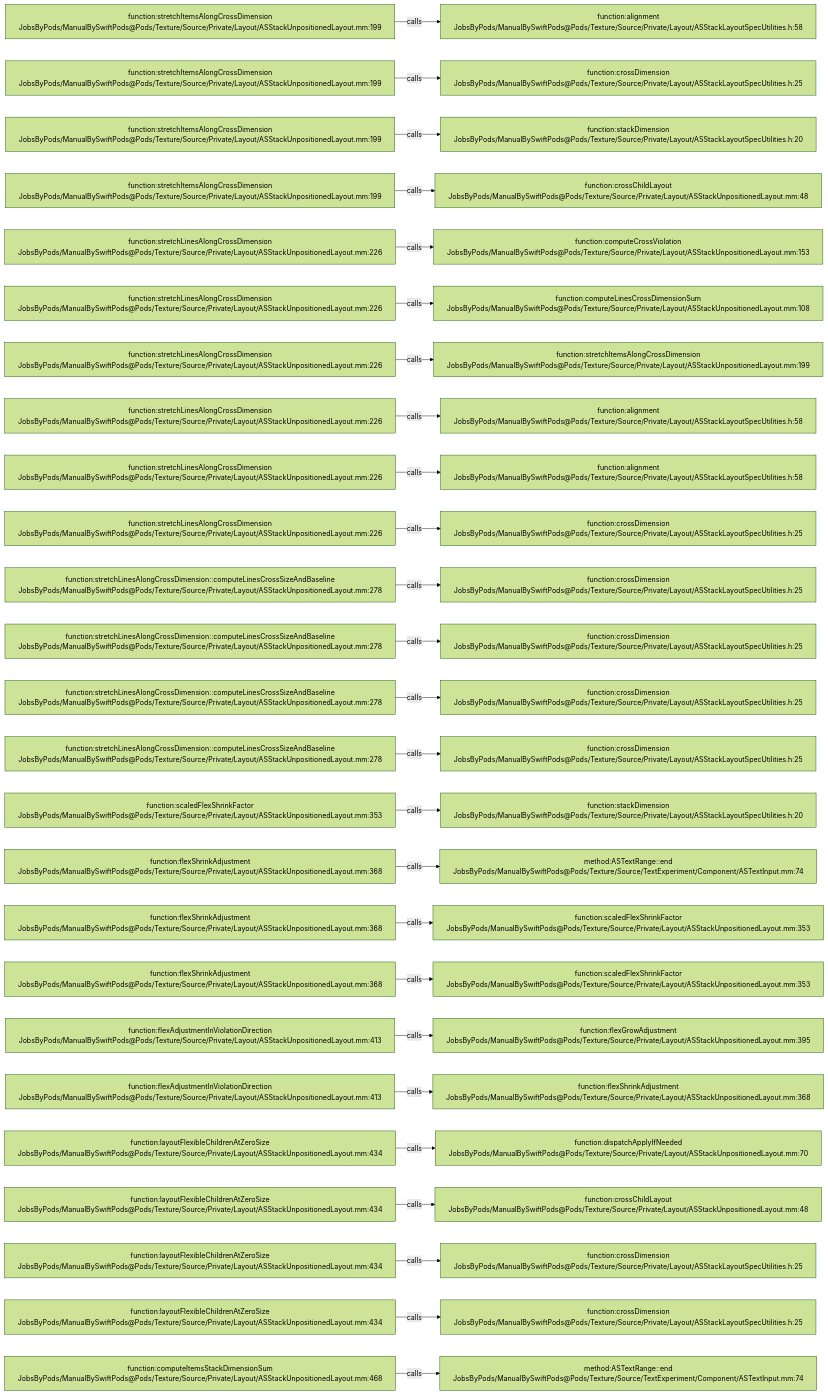
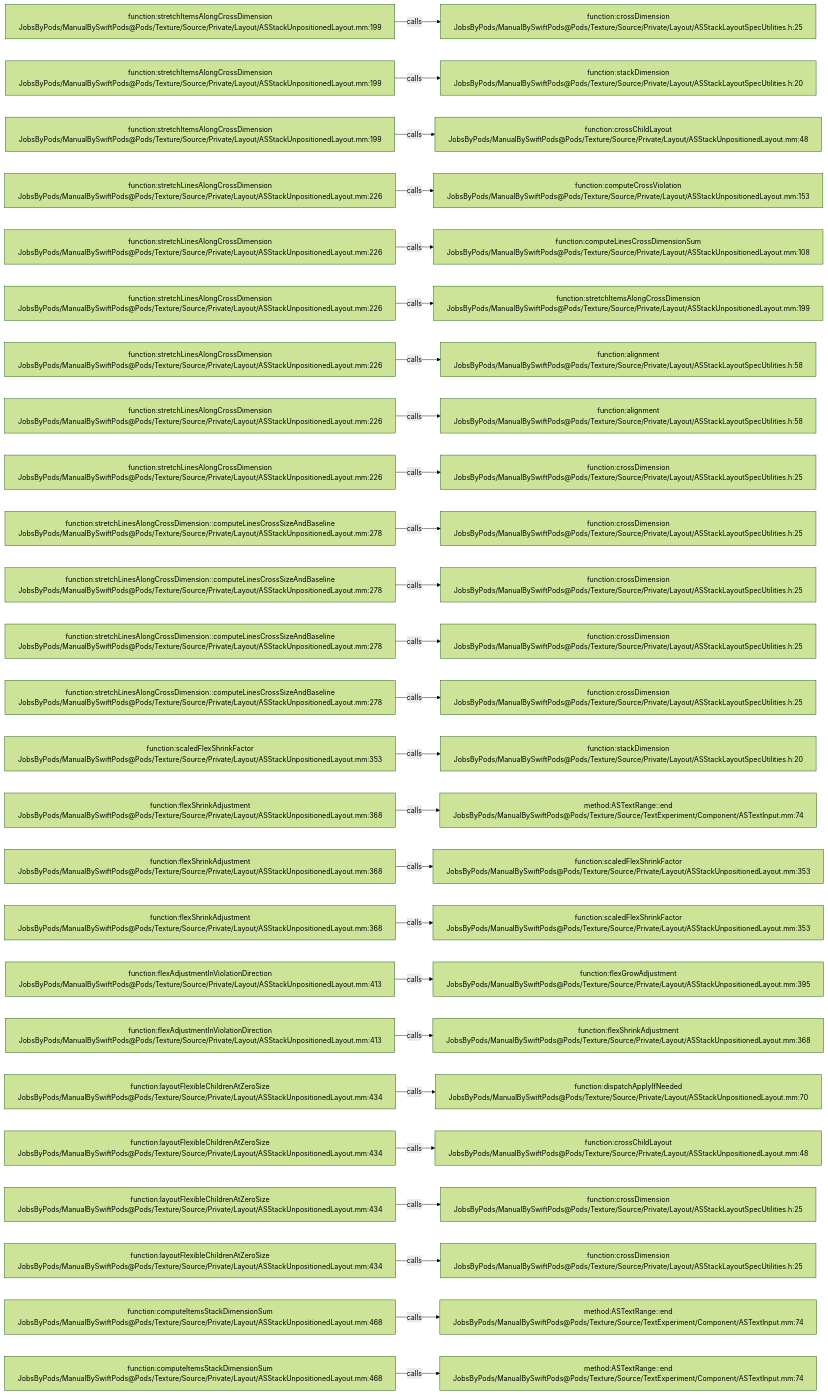
Before and after one commit to JobsKits/JobsSwiftBaseConfigDemo: the diagram in .codegraph/codegraph.md/graphs/calls-125.md, drawn with Mermaid (forest theme). The commit also changed 747 other files, not shown here.

````diff
--- a/.codegraph/codegraph.md/graphs/calls-125.md
+++ b/.codegraph/codegraph.md/graphs/calls-125.md
@@ -13,78 +13,78 @@
 ```mermaid
 flowchart LR
   S1["function:stretchItemsAlongCrossDimension<br/>JobsByPods/ManualBySwiftPods@Pods/Texture/Source/Private/Layout/ASStackUnpositionedLayout.mm:199"]
-  T1["function:alignment<br/>JobsByPods/ManualBySwiftPods@Pods/Texture/Source/Private/Layout/ASStackLayoutSpecUtilities.h:58"]
+  T1["function:crossDimension<br/>JobsByPods/ManualBySwiftPods@Pods/Texture/Source/Private/Layout/ASStackLayoutSpecUtilities.h:25"]
   S1 -->|calls| T1
   S2["function:stretchItemsAlongCrossDimension<br/>JobsByPods/ManualBySwiftPods@Pods/Texture/Source/Private/Layout/ASStackUnpositionedLayout.mm:199"]
-  T2["function:crossDimension<br/>JobsByPods/ManualBySwiftPods@Pods/Texture/Source/Private/Layout/ASStackLayoutSpecUtilities.h:25"]
+  T2["function:stackDimension<br/>JobsByPods/ManualBySwiftPods@Pods/Texture/Source/Private/Layout/ASStackLayoutSpecUtilities.h:20"]
   S2 -->|calls| T2
   S3["function:stretchItemsAlongCrossDimension<br/>JobsByPods/ManualBySwiftPods@Pods/Texture/Source/Private/Layout/ASStackUnpositionedLayout.mm:199"]
-  T3["function:stackDimension<br/>JobsByPods/ManualBySwiftPods@Pods/Texture/Source/Private/Layout/ASStackLayoutSpecUtilities.h:20"]
+  T3["function:crossChildLayout<br/>JobsByPods/ManualBySwiftPods@Pods/Texture/Source/Private/Layout/ASStackUnpositionedLayout.mm:48"]
   S3 -->|calls| T3
-  S4["function:stretchItemsAlongCrossDimension<br/>JobsByPods/ManualBySwiftPods@Pods/Texture/Source/Private/Layout/ASStackUnpositionedLayout.mm:199"]
-  T4["function:crossChildLayout<br/>JobsByPods/ManualBySwiftPods@Pods/Texture/Source/Private/Layout/ASStackUnpositionedLayout.mm:48"]
+  S4["function:stretchLinesAlongCrossDimension<br/>JobsByPods/ManualBySwiftPods@Pods/Texture/Source/Private/Layout/ASStackUnpositionedLayout.mm:226"]
+  T4["function:computeCrossViolation<br/>JobsByPods/ManualBySwiftPods@Pods/Texture/Source/Private/Layout/ASStackUnpositionedLayout.mm:153"]
   S4 -->|calls| T4
   S5["function:stretchLinesAlongCrossDimension<br/>JobsByPods/ManualBySwiftPods@Pods/Texture/Source/Private/Layout/ASStackUnpositionedLayout.mm:226"]
-  T5["function:computeCrossViolation<br/>JobsByPods/ManualBySwiftPods@Pods/Texture/Source/Private/Layout/ASStackUnpositionedLayout.mm:153"]
+  T5["function:computeLinesCrossDimensionSum<br/>JobsByPods/ManualBySwiftPods@Pods/Texture/Source/Private/Layout/ASStackUnpositionedLayout.mm:108"]
   S5 -->|calls| T5
   S6["function:stretchLinesAlongCrossDimension<br/>JobsByPods/ManualBySwiftPods@Pods/Texture/Source/Private/Layout/ASStackUnpositionedLayout.mm:226"]
-  T6["function:computeLinesCrossDimensionSum<br/>JobsByPods/ManualBySwiftPods@Pods/Texture/Source/Private/Layout/ASStackUnpositionedLayout.mm:108"]
+  T6["function:stretchItemsAlongCrossDimension<br/>JobsByPods/ManualBySwiftPods@Pods/Texture/Source/Private/Layout/ASStackUnpositionedLayout.mm:199"]
   S6 -->|calls| T6
   S7["function:stretchLinesAlongCrossDimension<br/>JobsByPods/ManualBySwiftPods@Pods/Texture/Source/Private/Layout/ASStackUnpositionedLayout.mm:226"]
-  T7["function:stretchItemsAlongCrossDimension<br/>JobsByPods/ManualBySwiftPods@Pods/Texture/Source/Private/Layout/ASStackUnpositionedLayout.mm:199"]
+  T7["function:alignment<br/>JobsByPods/ManualBySwiftPods@Pods/Texture/Source/Private/Layout/ASStackLayoutSpecUtilities.h:58"]
   S7 -->|calls| T7
   S8["function:stretchLinesAlongCrossDimension<br/>JobsByPods/ManualBySwiftPods@Pods/Texture/Source/Private/Layout/ASStackUnpositionedLayout.mm:226"]
   T8["function:alignment<br/>JobsByPods/ManualBySwiftPods@Pods/Texture/Source/Private/Layout/ASStackLayoutSpecUtilities.h:58"]
   S8 -->|calls| T8
   S9["function:stretchLinesAlongCrossDimension<br/>JobsByPods/ManualBySwiftPods@Pods/Texture/Source/Private/Layout/ASStackUnpositionedLayout.mm:226"]
-  T9["function:alignment<br/>JobsByPods/ManualBySwiftPods@Pods/Texture/Source/Private/Layout/ASStackLayoutSpecUtilities.h:58"]
+  T9["function:crossDimension<br/>JobsByPods/ManualBySwiftPods@Pods/Texture/Source/Private/Layout/ASStackLayoutSpecUtilities.h:25"]
   S9 -->|calls| T9
-  S10["function:stretchLinesAlongCrossDimension<br/>JobsByPods/ManualBySwiftPods@Pods/Texture/Source/Private/Layout/ASStackUnpositionedLayout.mm:226"]
+  S10["function:stretchLinesAlongCrossDimension::computeLinesCrossSizeAndBaseline<br/>JobsByPods/ManualBySwiftPods@Pods/Texture/Source/Private/Layout/ASStackUnpositionedLayout.mm:278"]
   T10["function:crossDimension<br/>JobsByPods/ManualBySwiftPods@Pods/Texture/Source/Private/Layout/ASStackLayoutSpecUtilities.h:25"]
   S10 -->|calls| T10
   S11["function:stretchLinesAlongCrossDimension::computeLinesCrossSizeAndBaseline<br/>JobsByPods/ManualBySwiftPods@Pods/Texture/Source/Private/Layout/ASStackUnpositionedLayout.mm:278"]
   T11["function:crossDimension<br/>JobsByPods/ManualBySwiftPods@Pods/Texture/Source/Private/Layout/ASStackLayoutSpecUtilities.h:25"]
   S11 -->|calls| T11
   S12["function:stretchLinesAlongCrossDimension::computeLinesCrossSizeAndBaseline<br/>JobsByPods/ManualBySwiftPods@Pods/Texture/Source/Private/Layout/ASStackUnpositionedLayout.mm:278"]
   T12["function:crossDimension<br/>JobsByPods/ManualBySwiftPods@Pods/Texture/Source/Private/Layout/ASStackLayoutSpecUtilities.h:25"]
   S12 -->|calls| T12
   S13["function:stretchLinesAlongCrossDimension::computeLinesCrossSizeAndBaseline<br/>JobsByPods/ManualBySwiftPods@Pods/Texture/Source/Private/Layout/ASStackUnpositionedLayout.mm:278"]
   T13["function:crossDimension<br/>JobsByPods/ManualBySwiftPods@Pods/Texture/Source/Private/Layout/ASStackLayoutSpecUtilities.h:25"]
   S13 -->|calls| T13
-  S14["function:stretchLinesAlongCrossDimension::computeLinesCrossSizeAndBaseline<br/>JobsByPods/ManualBySwiftPods@Pods/Texture/Source/Private/Layout/ASStackUnpositionedLayout.mm:278"]
-  T14["function:crossDimension<br/>JobsByPods/ManualBySwiftPods@Pods/Texture/Source/Private/Layout/ASStackLayoutSpecUtilities.h:25"]
+  S14["function:scaledFlexShrinkFactor<br/>JobsByPods/ManualBySwiftPods@Pods/Texture/Source/Private/Layout/ASStackUnpositionedLayout.mm:353"]
+  T14["function:stackDimension<br/>JobsByPods/ManualBySwiftPods@Pods/Texture/Source/Private/Layout/ASStackLayoutSpecUtilities.h:20"]
   S14 -->|calls| T14
-  S15["function:scaledFlexShrinkFactor<br/>JobsByPods/ManualBySwiftPods@Pods/Texture/Source/Private/Layout/ASStackUnpositionedLayout.mm:353"]
-  T15["function:stackDimension<br/>JobsByPods/ManualBySwiftPods@Pods/Texture/Source/Private/Layout/ASStackLayoutSpecUtilities.h:20"]
+  S15["function:flexShrinkAdjustment<br/>JobsByPods/ManualBySwiftPods@Pods/Texture/Source/Private/Layout/ASStackUnpositionedLayout.mm:368"]
+  T15["method:ASTextRange::end<br/>JobsByPods/ManualBySwiftPods@Pods/Texture/Source/TextExperiment/Component/ASTextInput.mm:74"]
   S15 -->|calls| T15
   S16["function:flexShrinkAdjustment<br/>JobsByPods/ManualBySwiftPods@Pods/Texture/Source/Private/Layout/ASStackUnpositionedLayout.mm:368"]
-  T16["method:ASTextRange::end<br/>JobsByPods/ManualBySwiftPods@Pods/Texture/Source/TextExperiment/Component/ASTextInput.mm:74"]
+  T16["function:scaledFlexShrinkFactor<br/>JobsByPods/ManualBySwiftPods@Pods/Texture/Source/Private/Layout/ASStackUnpositionedLayout.mm:353"]
   S16 -->|calls| T16
   S17["function:flexShrinkAdjustment<br/>JobsByPods/ManualBySwiftPods@Pods/Texture/Source/Private/Layout/ASStackUnpositionedLayout.mm:368"]
   T17["function:scaledFlexShrinkFactor<br/>JobsByPods/ManualBySwiftPods@Pods/Texture/Source/Private/Layout/ASStackUnpositionedLayout.mm:353"]
   S17 -->|calls| T17
-  S18["function:flexShrinkAdjustment<br/>JobsByPods/ManualBySwiftPods@Pods/Texture/Source/Private/Layout/ASStackUnpositionedLayout.mm:368"]
-  T18["function:scaledFlexShrinkFactor<br/>JobsByPods/ManualBySwiftPods@Pods/Texture/Source/Private/Layout/ASStackUnpositionedLayout.mm:353"]
+  S18["function:flexAdjustmentInViolationDirection<br/>JobsByPods/ManualBySwiftPods@Pods/Texture/Source/Private/Layout/ASStackUnpositionedLayout.mm:413"]
+  T18["function:flexGrowAdjustment<br/>JobsByPods/ManualBySwiftPods@Pods/Texture/Source/Private/Layout/ASStackUnpositionedLayout.mm:395"]
   S18 -->|calls| T18
   S19["function:flexAdjustmentInViolationDirection<br/>JobsByPods/ManualBySwiftPods@Pods/Texture/Source/Private/Layout/ASStackUnpositionedLayout.mm:413"]
-  T19["function:flexGrowAdjustment<br/>JobsByPods/ManualBySwiftPods@Pods/Texture/Source/Private/Layout/ASStackUnpositionedLayout.mm:395"]
+  T19["function:flexShrinkAdjustment<br/>JobsByPods/ManualBySwiftPods@Pods/Texture/Source/Private/Layout/ASStackUnpositionedLayout.mm:368"]
   S19 -->|calls| T19
-  S20["function:flexAdjustmentInViolationDirection<br/>JobsByPods/ManualBySwiftPods@Pods/Texture/Source/Private/Layout/ASStackUnpositionedLayout.mm:413"]
-  T20["function:flexShrinkAdjustment<br/>JobsByPods/ManualBySwiftPods@Pods/Texture/Source/Private/Layout/ASStackUnpositionedLayout.mm:368"]
+  S20["function:layoutFlexibleChildrenAtZeroSize<br/>JobsByPods/ManualBySwiftPods@Pods/Texture/Source/Private/Layout/ASStackUnpositionedLayout.mm:434"]
+  T20["function:dispatchApplyIfNeeded<br/>JobsByPods/ManualBySwiftPods@Pods/Texture/Source/Private/Layout/ASStackUnpositionedLayout.mm:70"]
   S20 -->|calls| T20
   S21["function:layoutFlexibleChildrenAtZeroSize<br/>JobsByPods/ManualBySwiftPods@Pods/Texture/Source/Private/Layout/ASStackUnpositionedLayout.mm:434"]
-  T21["function:dispatchApplyIfNeeded<br/>JobsByPods/ManualBySwiftPods@Pods/Texture/Source/Private/Layout/ASStackUnpositionedLayout.mm:70"]
+  T21["function:crossChildLayout<br/>JobsByPods/ManualBySwiftPods@Pods/Texture/Source/Private/Layout/ASStackUnpositionedLayout.mm:48"]
   S21 -->|calls| T21
   S22["function:layoutFlexibleChildrenAtZeroSize<br/>JobsByPods/ManualBySwiftPods@Pods/Texture/Source/Private/Layout/ASStackUnpositionedLayout.mm:434"]
-  T22["function:crossChildLayout<br/>JobsByPods/ManualBySwiftPods@Pods/Texture/Source/Private/Layout/ASStackUnpositionedLayout.mm:48"]
+  T22["function:crossDimension<br/>JobsByPods/ManualBySwiftPods@Pods/Texture/Source/Private/Layout/ASStackLayoutSpecUtilities.h:25"]
   S22 -->|calls| T22
   S23["function:layoutFlexibleChildrenAtZeroSize<br/>JobsByPods/ManualBySwiftPods@Pods/Texture/Source/Private/Layout/ASStackUnpositionedLayout.mm:434"]
   T23["function:crossDimension<br/>JobsByPods/ManualBySwiftPods@Pods/Texture/Source/Private/Layout/ASStackLayoutSpecUtilities.h:25"]
   S23 -->|calls| T23
-  S24["function:layoutFlexibleChildrenAtZeroSize<br/>JobsByPods/ManualBySwiftPods@Pods/Texture/Source/Private/Layout/ASStackUnpositionedLayout.mm:434"]
-  T24["function:crossDimension<br/>JobsByPods/ManualBySwiftPods@Pods/Texture/Source/Private/Layout/ASStackLayoutSpecUtilities.h:25"]
+  S24["function:computeItemsStackDimensionSum<br/>JobsByPods/ManualBySwiftPods@Pods/Texture/Source/Private/Layout/ASStackUnpositionedLayout.mm:468"]
+  T24["method:ASTextRange::end<br/>JobsByPods/ManualBySwiftPods@Pods/Texture/Source/TextExperiment/Component/ASTextInput.mm:74"]
   S24 -->|calls| T24
   S25["function:computeItemsStackDimensionSum<br/>JobsByPods/ManualBySwiftPods@Pods/Texture/Source/Private/Layout/ASStackUnpositionedLayout.mm:468"]
   T25["method:ASTextRange::end<br/>JobsByPods/ManualBySwiftPods@Pods/Texture/Source/TextExperiment/Component/ASTextInput.mm:74"]
   S25 -->|calls| T25
 ```
````
